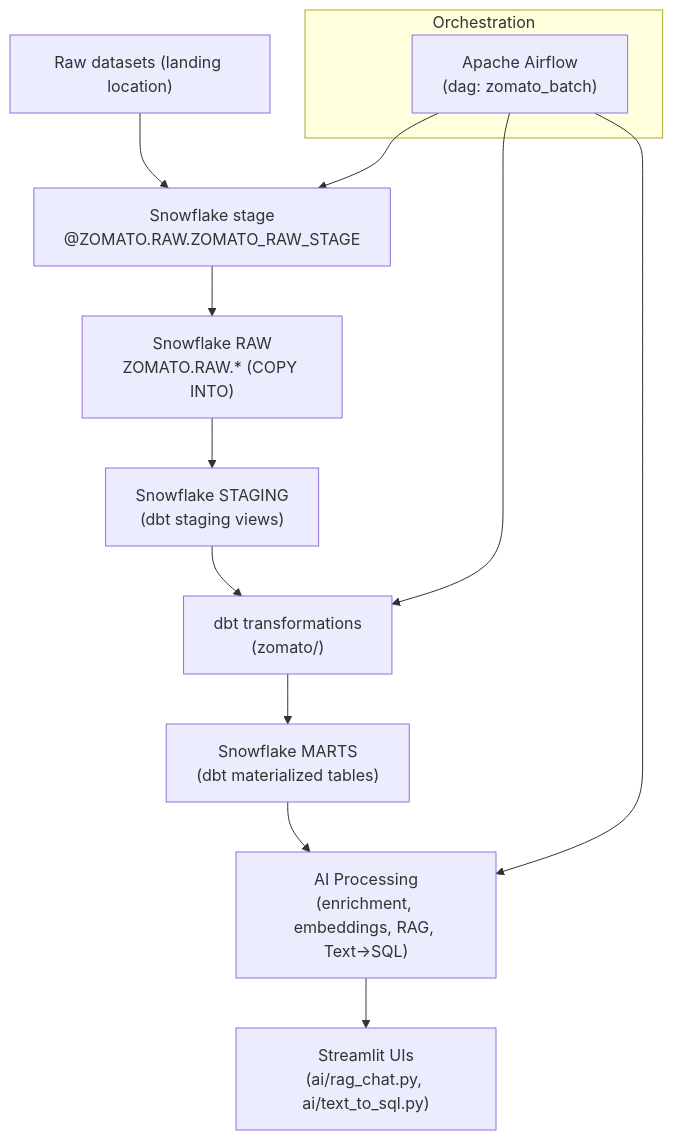
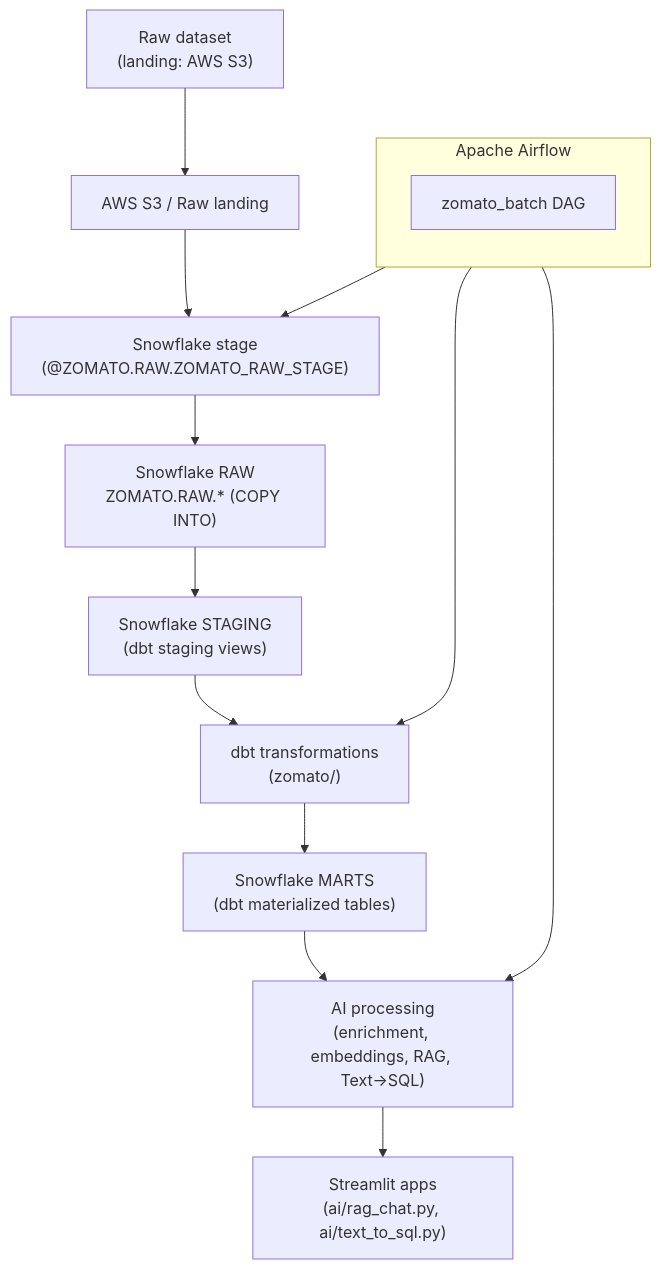
One commit to BaljeetkumarPatel/Zomato-Intelligent-Data-Automation-Platform changed the diagram in README.md. Above: the diagram before and after it, drawn with Mermaid. The commit also changed other lines of this file, not shown here.

Commit message:
docs: update README with AWS IAM details and corrected flow

````diff
--- a/README.md
+++ b/README.md
@@ -22,18 +22,20 @@
 ```mermaid
 flowchart TB
-  subgraph Orchestration
-    AIRFLOW["Apache Airflow\n(dag: zomato_batch)"]
+  subgraph Orch [Apache Airflow]
+    direction TB
+    A1[zomato_batch DAG]
   end
 
-  RAW["Raw datasets (landing location)"] --> STAGE["Snowflake stage\n@ZOMATO.RAW.ZOMATO_RAW_STAGE"]
-  STAGE --> RAW_TABLES["Snowflake RAW\nZOMATO.RAW.* (COPY INTO)"]
-  RAW_TABLES --> STAGING["Snowflake STAGING\n(dbt staging views)"]
+  RD["Raw dataset\n(landing: AWS S3)"] --> S3["AWS S3 / Raw landing"]
+  S3 --> STG["Snowflake stage\n(@ZOMATO.RAW.ZOMATO_RAW_STAGE)"]
+  STG --> RAW["Snowflake RAW\nZOMATO.RAW.* (COPY INTO)"]
+  RAW --> STAGING["Snowflake STAGING\n(dbt staging views)"]
   STAGING --> DBT["dbt transformations\n(zomato/)"]
   DBT --> MARTS["Snowflake MARTS\n(dbt materialized tables)"]
-  MARTS --> AI["AI Processing\n(enrichment, embeddings, RAG, Text→SQL)"]
-  AI --> STREAM["Streamlit UIs\n(ai/rag_chat.py, ai/text_to_sql.py)"]
+  MARTS --> AI["AI processing\n(enrichment, embeddings, RAG, Text→SQL)"]
+  AI --> UIs["Streamlit apps\n(ai/rag_chat.py, ai/text_to_sql.py)"]
 
-  AIRFLOW --> STAGE
-  AIRFLOW --> DBT
-  AIRFLOW --> AI
+  A1 --> STG
+  A1 --> DBT
+  A1 --> AI
 ```
````
